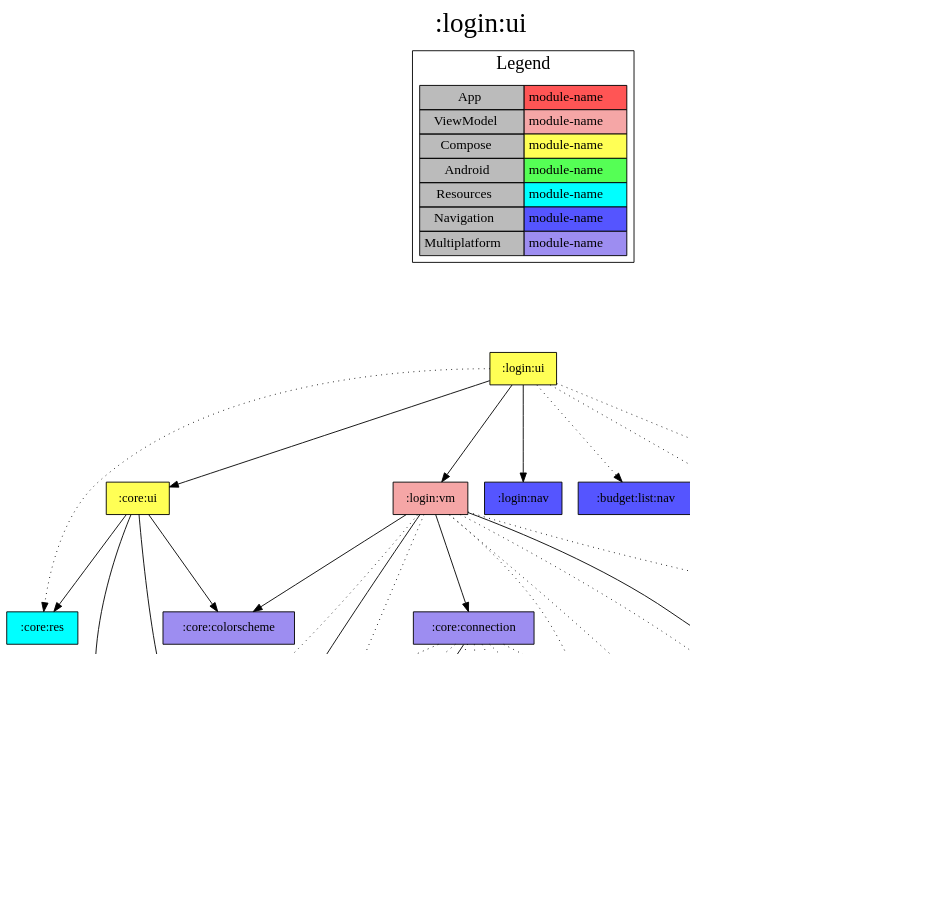
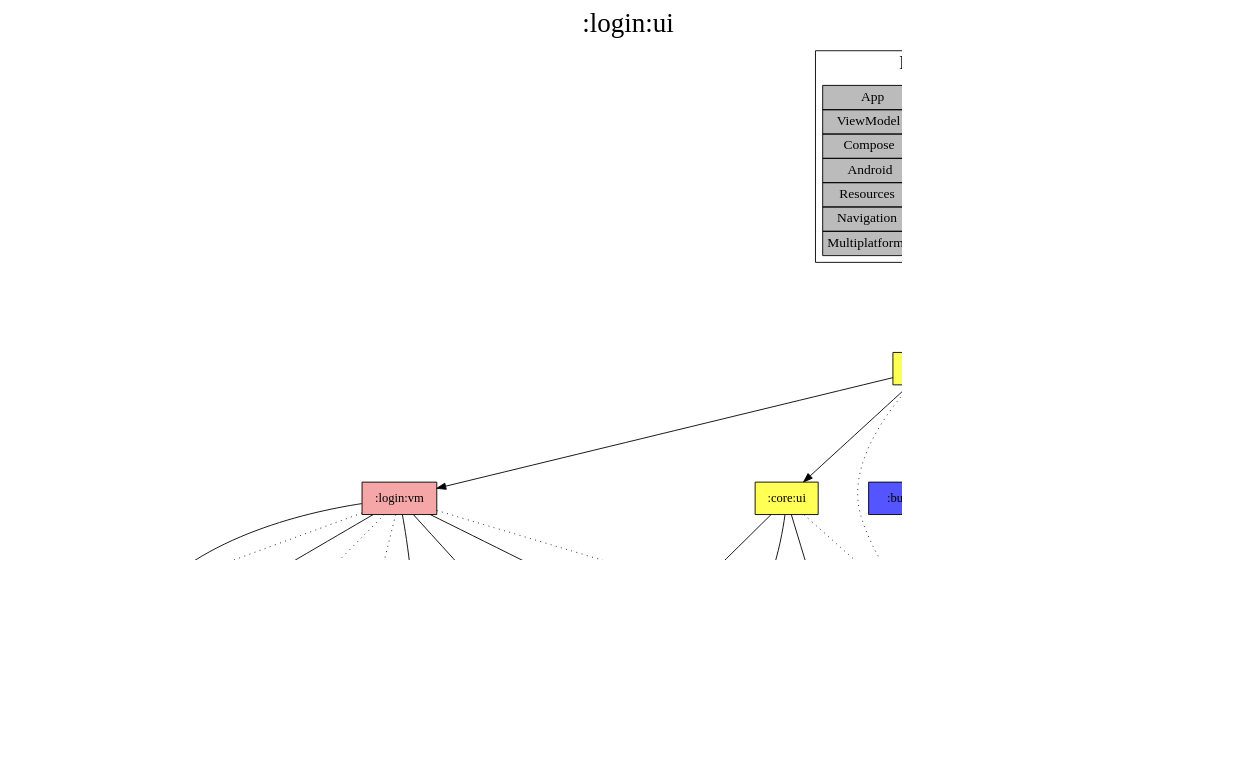
The diagram in modules/login/ui/project-dependency-graph.dot (jonapoul/aktual), drawn with Graphviz before and after one commit. The commit also changed 32 other files, not shown here.

```diff
--- a/modules/login/ui/project-dependency-graph.dot
+++ b/modules/login/ui/project-dependency-graph.dot
@@ -1,80 +1,67 @@
 digraph {
 edge ["dir"="forward"]
 graph ["dpi"="100","label"=":login:ui","labelloc"="t","fontsize"="30","ranksep"="1.5","rankdir"="TB"]
 node ["style"="filled"]
 ":login:ui" ["fillcolor"="#FFFF55","shape"="box"]
 ":core:ui" ["fillcolor"="#FFFF55","shape"="box"]
 ":core:colorscheme" ["fillcolor"="#9D8DF1","shape"="box"]
-":core:res" ["fillcolor"="#00FFFF","shape"="box"]
 ":core:versions" ["fillcolor"="#9D8DF1","shape"="box"]
 ":core:buildconfig" ["fillcolor"="#9D8DF1","shape"="box"]
 ":url:model" ["fillcolor"="#9D8DF1","shape"="box"]
+":core:res" ["fillcolor"="#00FFFF","shape"="box"]
+":login:vm" ["fillcolor"="#F5A6A6","shape"="box"]
+":core:coroutines" ["fillcolor"="#9D8DF1","shape"="box"]
+":core:log" ["fillcolor"="#9D8DF1","shape"="box"]
+":login:model" ["fillcolor"="#9D8DF1","shape"="box"]
+":api:actual" ["fillcolor"="#9D8DF1","shape"="box"]
+":login:prefs" ["fillcolor"="#9D8DF1","shape"="box"]
+":url:prefs" ["fillcolor"="#9D8DF1","shape"="box"]
+":budget:list:nav" ["fillcolor"="#5555FF","shape"="box"]
 ":login:nav" ["fillcolor"="#5555FF","shape"="box"]
-":login:vm" ["fillcolor"="#F5A6A6","shape"="box"]
-":core:connection" ["fillcolor"="#9D8DF1","shape"="box"]
-":api:actual" ["fillcolor"="#9D8DF1","shape"="box"]
-":login:model" ["fillcolor"="#9D8DF1","shape"="box"]
-":api:core" ["fillcolor"="#9D8DF1","shape"="box"]
-":core:log" ["fillcolor"="#9D8DF1","shape"="box"]
-":core:coroutines" ["fillcolor"="#9D8DF1","shape"="box"]
-":url:prefs" ["fillcolor"="#9D8DF1","shape"="box"]
-":login:prefs" ["fillcolor"="#9D8DF1","shape"="box"]
-":budget:list:nav" ["fillcolor"="#5555FF","shape"="box"]
 ":login:res" ["fillcolor"="#00FFFF","shape"="box"]
 ":url:nav" ["fillcolor"="#5555FF","shape"="box"]
 {
 edge ["dir"="none"]
 graph ["rank"="same"]
 }
 ":login:ui" -> ":core:ui"
-":login:ui" -> ":login:nav"
 ":login:ui" -> ":login:vm"
 ":login:ui" -> ":budget:list:nav" ["style"="dotted"]
 ":login:ui" -> ":core:res" ["style"="dotted"]
+":login:ui" -> ":login:nav" ["style"="dotted"]
 ":login:ui" -> ":login:res" ["style"="dotted"]
 ":login:ui" -> ":url:nav" ["style"="dotted"]
 ":core:ui" -> ":core:colorscheme"
-":core:ui" -> ":core:res"
 ":core:ui" -> ":core:versions"
 ":core:ui" -> ":url:model"
+":core:ui" -> ":core:res" ["style"="dotted"]
 ":core:versions" -> ":core:buildconfig"
 ":login:vm" -> ":core:colorscheme"
-":login:vm" -> ":core:connection"
+":login:vm" -> ":core:coroutines"
+":login:vm" -> ":core:log"
 ":login:vm" -> ":login:model"
 ":login:vm" -> ":url:model"
 ":login:vm" -> ":api:actual" ["style"="dotted"]
-":login:vm" -> ":core:coroutines" ["style"="dotted"]
-":login:vm" -> ":core:log" ["style"="dotted"]
 ":login:vm" -> ":core:versions" ["style"="dotted"]
 ":login:vm" -> ":login:prefs" ["style"="dotted"]
 ":login:vm" -> ":url:prefs" ["style"="dotted"]
-":core:connection" -> ":core:buildconfig"
-":core:connection" -> ":api:actual" ["style"="dotted"]
-":core:connection" -> ":api:core" ["style"="dotted"]
-":core:connection" -> ":core:coroutines" ["style"="dotted"]
-":core:connection" -> ":core:log" ["style"="dotted"]
-":core:connection" -> ":core:versions" ["style"="dotted"]
-":core:connection" -> ":url:model" ["style"="dotted"]
-":core:connection" -> ":url:prefs" ["style"="dotted"]
 ":api:actual" -> ":login:model"
 ":api:actual" -> ":url:model"
-":api:core" -> ":core:log"
-":api:core" -> ":url:model"
+":login:prefs" -> ":login:model"
 ":url:prefs" -> ":url:model"
-":login:prefs" -> ":login:model"
 subgraph "cluster_legend" {
 edge ["dir"="none"]
 graph ["label"="Legend","fontsize"="20"]
 "Legend" ["style"="filled","fillcolor"="#bbbbbb","shape"="none","margin"="0","fontsize"="15","label"=<
 <TABLE BORDER="0" CELLBORDER="1" CELLSPACING="0" CELLPADDING="4">
 <TR><TD>App</TD><TD BGCOLOR="#FF5555">module-name</TD></TR>
 <TR><TD>ViewModel</TD><TD BGCOLOR="#F5A6A6">module-name</TD></TR>
 <TR><TD>Compose</TD><TD BGCOLOR="#FFFF55">module-name</TD></TR>
 <TR><TD>Android</TD><TD BGCOLOR="#55FF55">module-name</TD></TR>
 <TR><TD>Resources</TD><TD BGCOLOR="#00FFFF">module-name</TD></TR>
 <TR><TD>Navigation</TD><TD BGCOLOR="#5555FF">module-name</TD></TR>
 <TR><TD>Multiplatform</TD><TD BGCOLOR="#9D8DF1">module-name</TD></TR>
 </TABLE>
 >]
 } -> ":login:ui" ["style"="invis"]
 }
```
